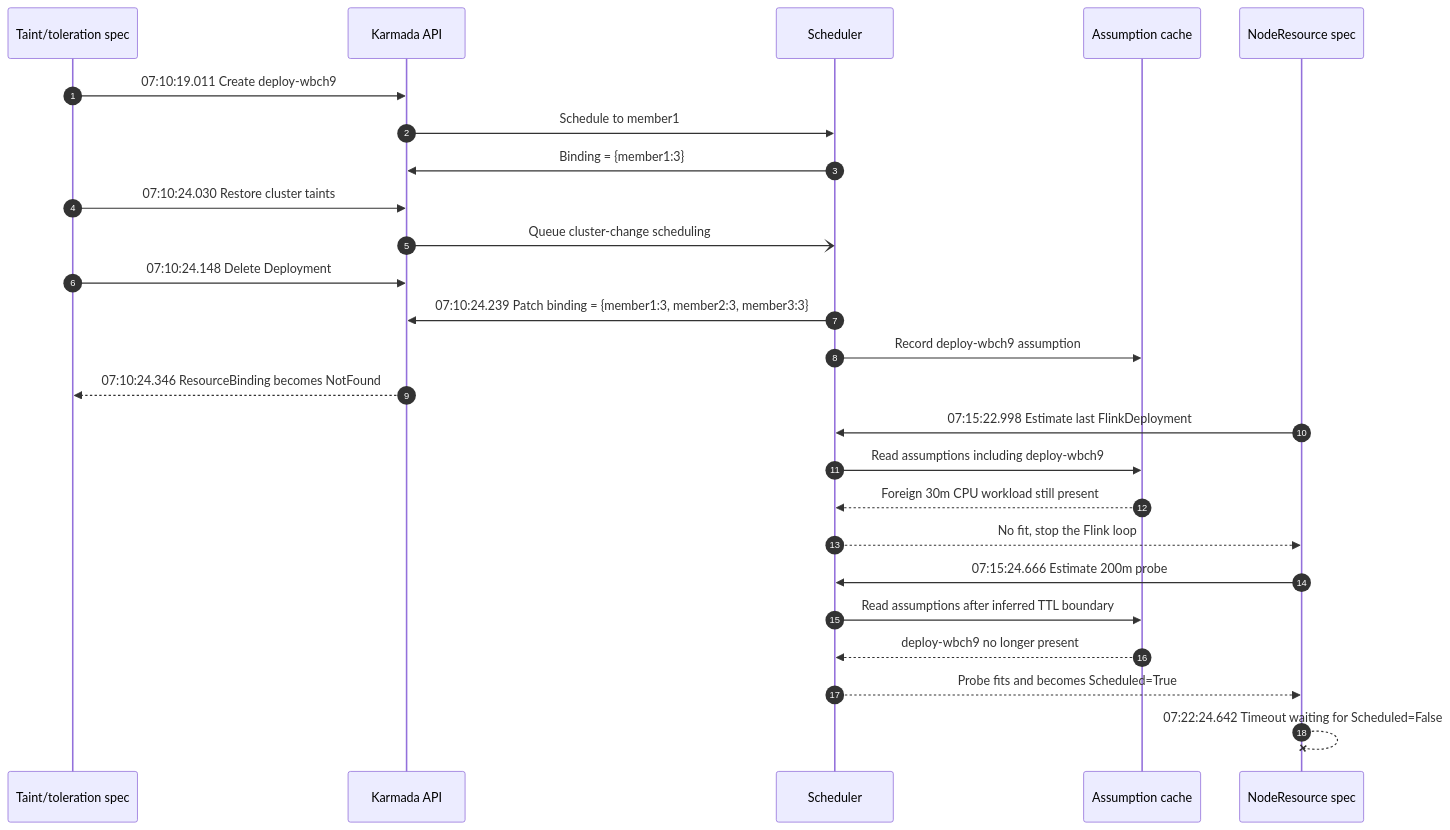
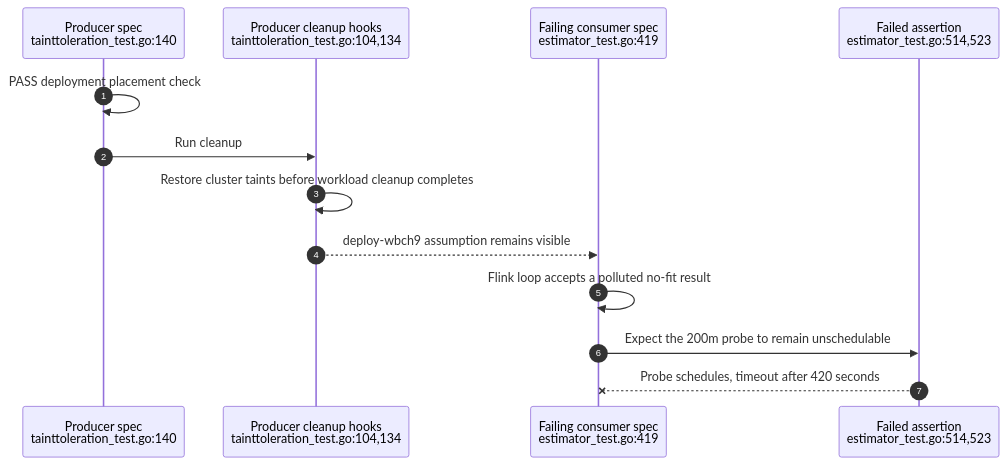
Before and after one commit to ranxi2001/karmada: the first of 2 diagrams in internship-reports/day48-issue7826-revised-body-draft.md, drawn with Mermaid. The commit also changed other lines of this file and 2 other files, not shown here.

````diff
--- a/internship-reports/day48-issue7826-revised-body-draft.md
+++ b/internship-reports/day48-issue7826-revised-body-draft.md
@@ -28,28 +28,16 @@
 ```mermaid
 sequenceDiagram
     autonumber
-    participant T as Taint/toleration spec
-    participant A as Karmada API
-    participant S as Scheduler
-    participant C as Assumption cache
-    participant N as NodeResource spec
+    participant P as Producer spec<br/>tainttoleration_test.go:140
+    participant H as Producer cleanup hooks<br/>tainttoleration_test.go:104,134
+    participant C as Failing consumer spec<br/>estimator_test.go:419
+    participant A as Failed assertion<br/>estimator_test.go:514,523
 
-    T->>A: 07:10:19.011 Create deploy-wbch9
-    A->>S: Schedule to member1
-    S->>A: Binding = {member1:3}
-    T->>A: 07:10:24.030 Restore cluster taints
-    A-)S: Queue cluster-change scheduling
-    T->>A: 07:10:24.148 Delete Deployment
-    S->>A: 07:10:24.239 Patch binding = {member1:3, member2:3, member3:3}
-    S->>C: Record deploy-wbch9 assumption
-    A-->>T: 07:10:24.346 ResourceBinding becomes NotFound
-    N->>S: 07:15:22.998 Estimate last FlinkDeployment
-    S->>C: Read assumptions including deploy-wbch9
-    C-->>S: Foreign 30m CPU workload still present
-    S-->>N: No fit, stop the Flink loop
-    N->>S: 07:15:24.666 Estimate 200m probe
-    S->>C: Read assumptions after inferred TTL boundary
-    C-->>S: deploy-wbch9 no longer present
-    S-->>N: Probe fits and becomes Scheduled=True
-    N--xN: 07:22:24.642 Timeout waiting for Scheduled=False
+    P->>P: PASS deployment placement check
+    P->>H: Run cleanup
+    H->>H: Restore cluster taints before workload cleanup completes
+    H-->>C: deploy-wbch9 assumption remains visible
+    C->>C: Flink loop accepts a polluted no-fit result
+    C->>A: Expect the 200m probe to remain unschedulable
+    A--xC: Probe schedules, timeout after 420 seconds
 ```
````
